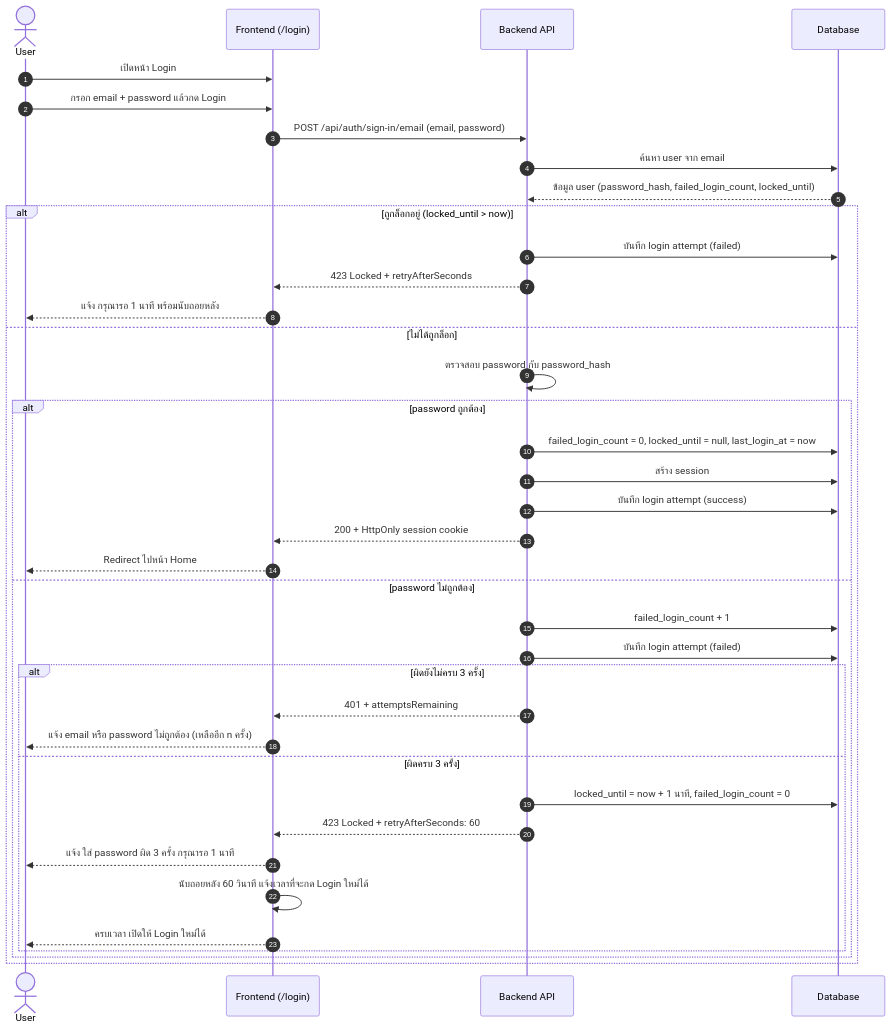
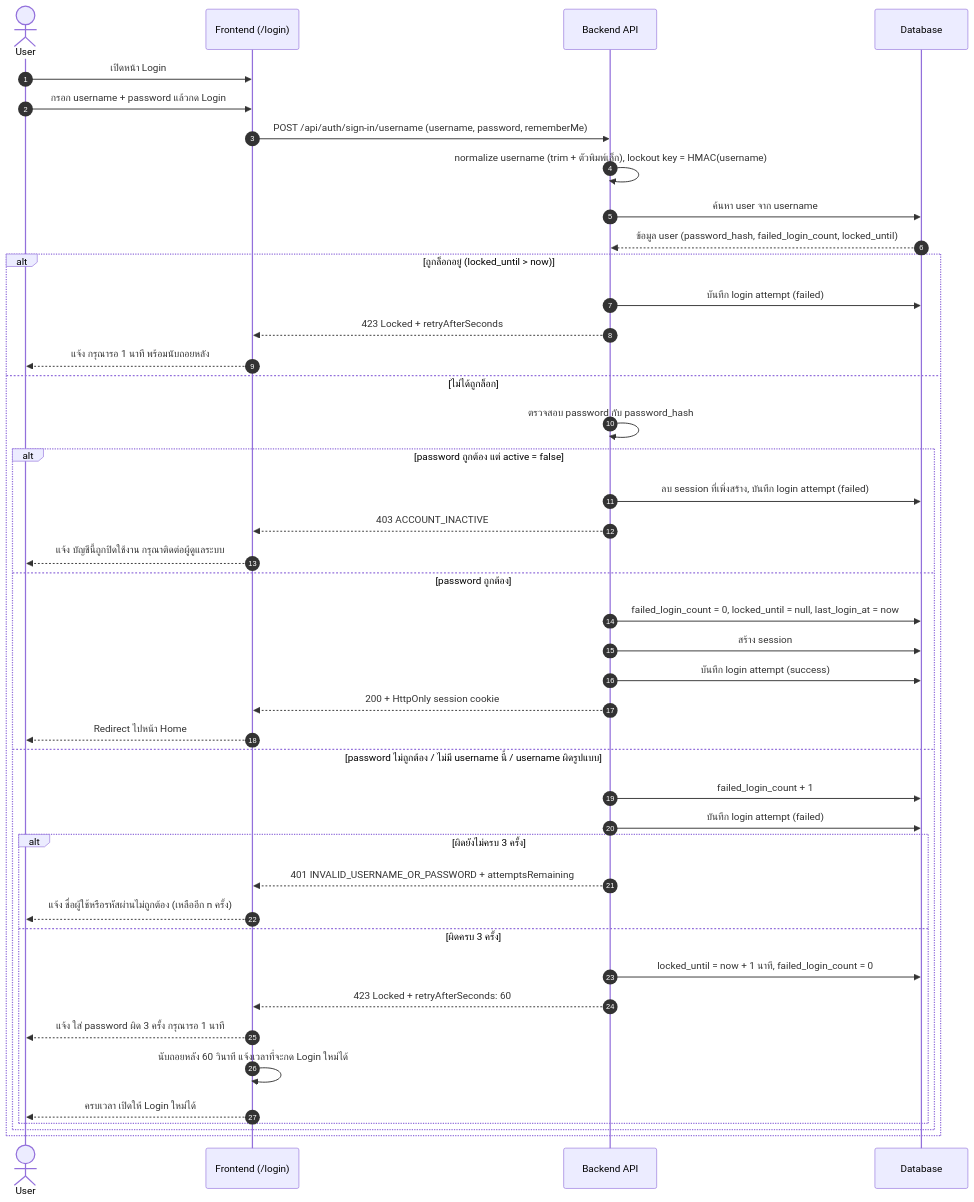
Before and after one commit to jeweal-pm/gms-system-monorepo: the second of 4 diagrams in document/diagram/login-flow.md, drawn with Mermaid. The commit also changed other lines of this file and 65 other files, not shown here.

````diff
--- a/document/diagram/login-flow.md
+++ b/document/diagram/login-flow.md
@@ -28,44 +29,49 @@
 ```mermaid
 sequenceDiagram
     autonumber
     actor U as User
     participant FE as Frontend (/login)
     participant BE as Backend API
     participant DB as Database
 
     U->>FE: เปิดหน้า Login
-    U->>FE: กรอก email + password แล้วกด Login
-    FE->>BE: POST /api/auth/sign-in/email (email, password)
-    BE->>DB: ค้นหา user จาก email
+    U->>FE: กรอก username + password แล้วกด Login
+    FE->>BE: POST /api/auth/sign-in/username (username, password, rememberMe)
+    BE->>BE: normalize username (trim + ตัวพิมพ์เล็ก), lockout key = HMAC(username)
+    BE->>DB: ค้นหา user จาก username
     DB-->>BE: ข้อมูล user (password_hash, failed_login_count, locked_until)
 
     alt ถูกล็อกอยู่ (locked_until > now)
         BE->>DB: บันทึก login attempt (failed)
         BE-->>FE: 423 Locked + retryAfterSeconds
         FE-->>U: แจ้ง กรุณารอ 1 นาที พร้อมนับถอยหลัง
     else ไม่ได้ถูกล็อก
         BE->>BE: ตรวจสอบ password กับ password_hash
 
-        alt password ถูกต้อง
+        alt password ถูกต้อง แต่ active = false
+            BE->>DB: ลบ session ที่เพิ่งสร้าง, บันทึก login attempt (failed)
+            BE-->>FE: 403 ACCOUNT_INACTIVE
+            FE-->>U: แจ้ง บัญชีนี้ถูกปิดใช้งาน กรุณาติดต่อผู้ดูแลระบบ
+        else password ถูกต้อง
             BE->>DB: failed_login_count = 0, locked_until = null, last_login_at = now
             BE->>DB: สร้าง session
             BE->>DB: บันทึก login attempt (success)
             BE-->>FE: 200 + HttpOnly session cookie
             FE-->>U: Redirect ไปหน้า Home
-        else password ไม่ถูกต้อง
+        else password ไม่ถูกต้อง / ไม่มี username นี้ / username ผิดรูปแบบ
             BE->>DB: failed_login_count + 1
             BE->>DB: บันทึก login attempt (failed)
 
             alt ผิดยังไม่ครบ 3 ครั้ง
-                BE-->>FE: 401 + attemptsRemaining
-                FE-->>U: แจ้ง email หรือ password ไม่ถูกต้อง (เหลืออีก n ครั้ง)
+                BE-->>FE: 401 INVALID_USERNAME_OR_PASSWORD + attemptsRemaining
+                FE-->>U: แจ้ง ชื่อผู้ใช้หรือรหัสผ่านไม่ถูกต้อง (เหลืออีก n ครั้ง)
             else ผิดครบ 3 ครั้ง
                 BE->>DB: locked_until = now + 1 นาที, failed_login_count = 0
                 BE-->>FE: 423 Locked + retryAfterSeconds: 60
                 FE-->>U: แจ้ง ใส่ password ผิด 3 ครั้ง กรุณารอ 1 นาที
                 FE->>FE: นับถอยหลัง 60 วินาที แจ้งเวลาที่จะกด Login ใหม่ได้
                 FE-->>U: ครบเวลา เปิดให้ Login ใหม่ได้
             end
         end
     end
 ```
````
